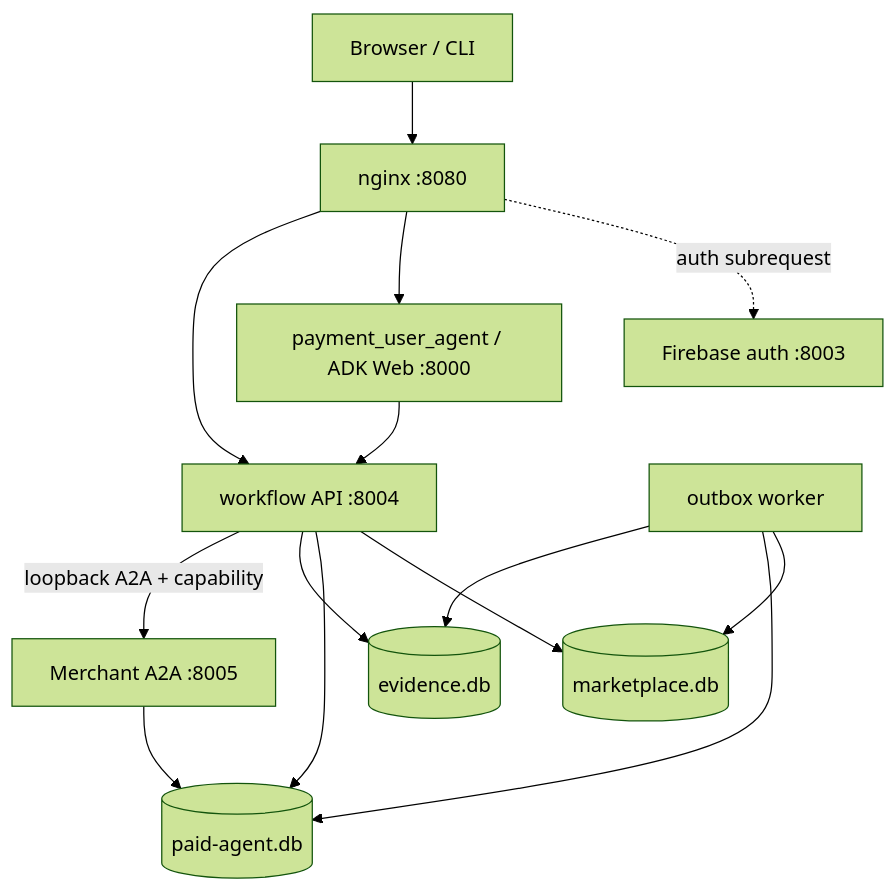
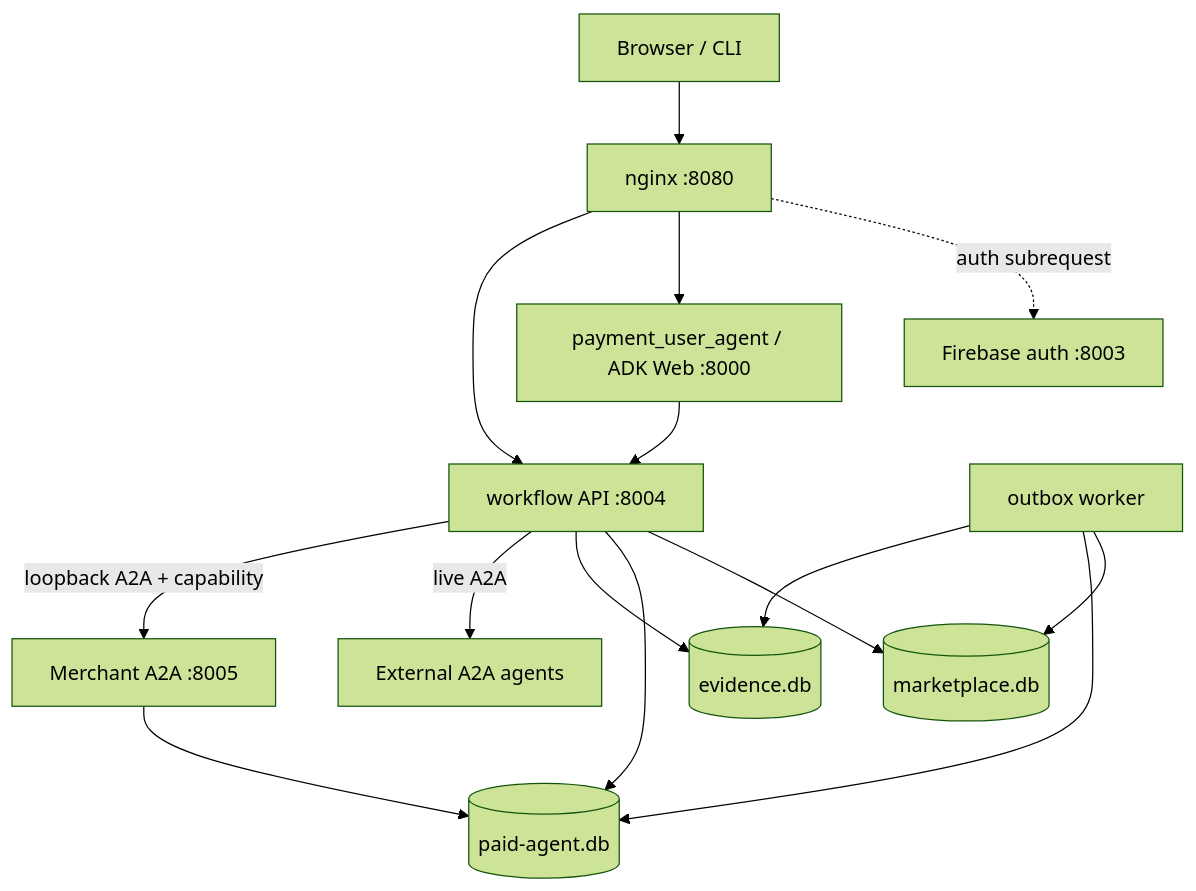
Before and after one commit to TaichiHiromatsu/secure-ai-agent-matching-platform: the diagram in docs/payments/ARCHITECTURE.md, drawn with Mermaid (forest theme). The commit also changed other lines of this file and 11 other files, not shown here.

````diff
--- a/docs/payments/ARCHITECTURE.md
+++ b/docs/payments/ARCHITECTURE.md
@@ -24,27 +24,29 @@
 ```mermaid
 flowchart TB
     B[Browser / CLI]
     N[nginx :8080]
     A[Firebase auth :8003]
     UI[payment_user_agent / ADK Web :8000]
     W[workflow API :8004]
     O[outbox worker]
+    X[External A2A agents]
     M[Merchant A2A :8005]
     DB1[(marketplace.db)]
     DB2[(paid-agent.db)]
     DB3[(evidence.db)]
 
     B --> N
     N -. auth subrequest .-> A
     N --> UI
     N --> W
     UI --> W
     W --> DB1
     W --> DB2
     W --> DB3
     O --> DB1
     O --> DB2
     O --> DB3
+    W -->|live A2A| X
     W -->|loopback A2A + capability| M
     M --> DB2
 ```
````
